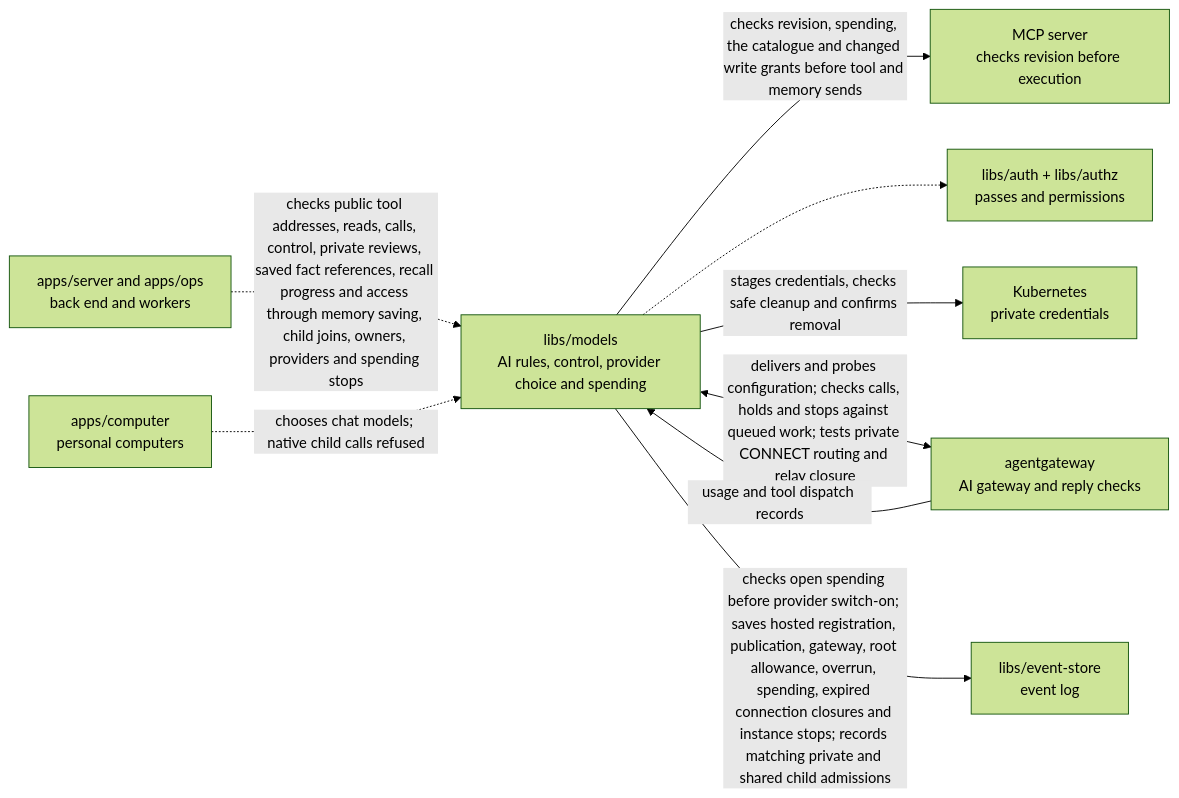
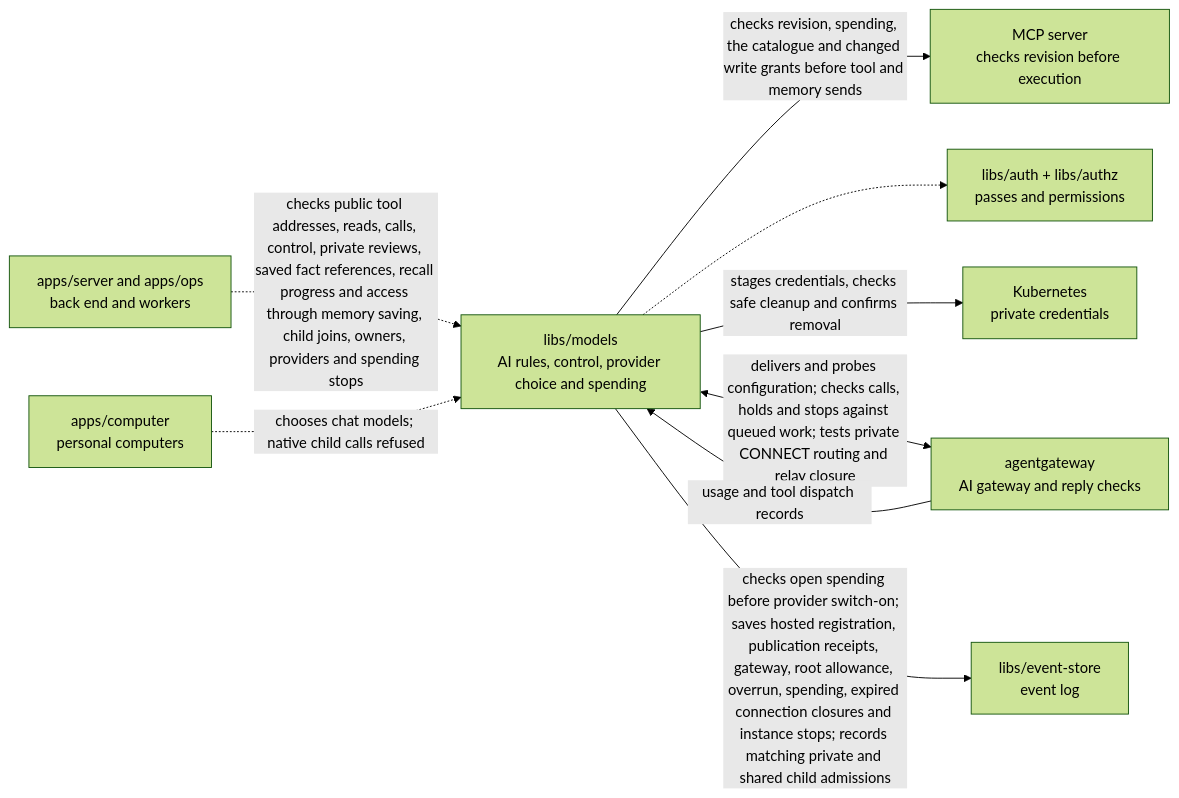
The diagram in libs/models/README.md (elewa-git/opencrane-new), drawn with Mermaid (forest theme) before and after one commit. The commit also changed other lines of this file and 22 other files, not shown here.

Commit message:
📡 Save one live gateway receipt for each tool publication

````diff
--- a/libs/models/README.md
+++ b/libs/models/README.md
@@ -14,11 +14,11 @@
 ```mermaid
 flowchart LR
   server["apps/server and apps/ops<br/>back end and workers"] -.->|checks public tool addresses, reads, calls, control, private reviews, saved fact references, recall progress and access through memory saving, child joins, owners, providers and spending stops| models["libs/models<br/>AI rules, control, provider choice and spending"]
   models -->|checks revision, spending, the catalogue and changed write grants before tool and memory sends| mcp["MCP server<br/>checks revision before execution"]
   computer["apps/computer<br/>personal computers"] -.->|chooses chat models; native child calls refused| models
   models -.-> auth["libs/auth + libs/authz<br/>passes and permissions"]
   models -->|stages credentials, checks safe cleanup and confirms removal| custody["Kubernetes<br/>private credentials"]
   models <-->|delivers and probes configuration; checks calls, holds and stops against queued work; tests private CONNECT routing and relay closure| gateway["agentgateway<br/>AI gateway and reply checks"]
   gateway -->|usage and tool dispatch records| models
-  models -->|checks open spending before provider switch-on; saves hosted registration, publication, gateway, root allowance, overrun, spending, expired connection closures and instance stops; records matching private and shared child admissions| store["libs/event-store<br/>event log"]
+  models -->|checks open spending before provider switch-on; saves hosted registration, publication receipts, gateway, root allowance, overrun, spending, expired connection closures and instance stops; records matching private and shared child admissions| store["libs/event-store<br/>event log"]
 ```
````
